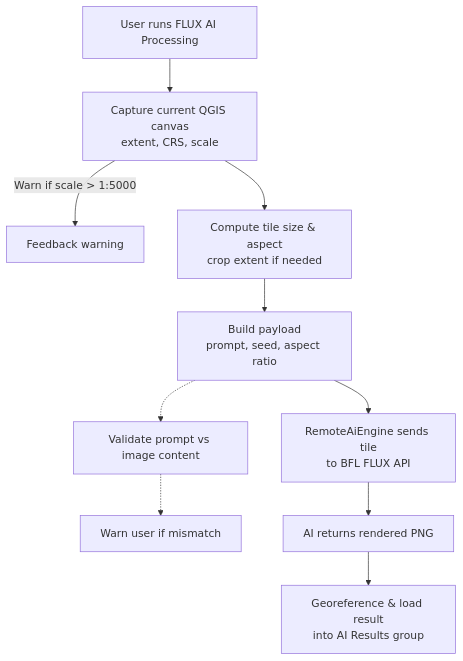
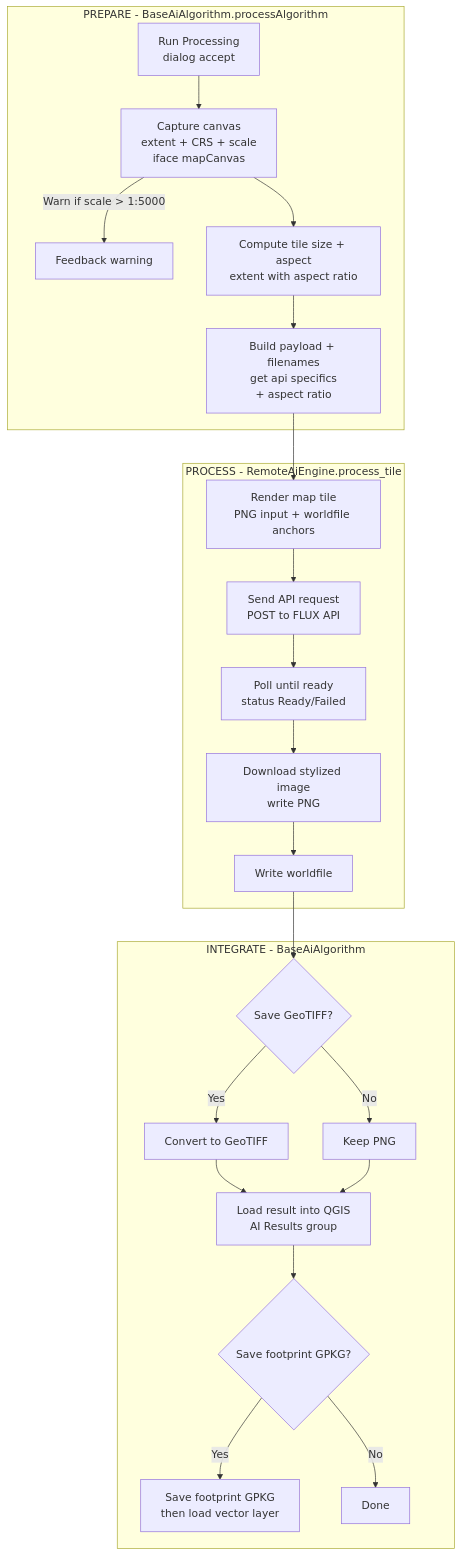
Before and after one commit to georoen/qgis-promptmap: the diagram in docs/plugin_flow.mmd, drawn with Mermaid.

Commit message:
Updating Mermaid Plot

```diff
--- a/docs/plugin_flow.mmd
+++ b/docs/plugin_flow.mmd
@@ -1,15 +1,31 @@
 flowchart TD
-    A[User runs FLUX AI Processing] --> B[Capture current QGIS canvas<br/>extent, CRS, scale]
-    B -->|Warn if scale > 1:5000| Bwarn[Feedback warning]
-    B --> C[Compute tile size & aspect<br/>crop extent if needed]
-    C --> D[Build payload<br/>prompt, seed, aspect ratio]
-    D --> E[RemoteAiEngine sends tile<br/>to BFL FLUX API]
-    D -.-> Dval[Validate prompt vs image content]
-    Dval -.-> Dwarn[Warn user if mismatch]
-    E --> F[AI returns rendered PNG]
-    F --> G[Georeference & load result<br/>into AI Results group]
+    subgraph PREPARE [PREPARE - BaseAiAlgorithm.processAlgorithm]
+        A[Run Processing<br/>dialog accept] --> B[Capture canvas<br/>extent + CRS + scale<br/>iface mapCanvas]
+        B -->|Warn if scale > 1:5000| Bwarn[Feedback warning]
+        B --> C[Compute tile size + aspect<br/>extent with aspect ratio]
+        C --> D[Build payload + filenames<br/>get api specifics<br/>+ aspect ratio]
+    end
+
+    subgraph PROCESS [PROCESS - RemoteAiEngine.process_tile]
+        D --> E[Render map tile<br/>PNG input + worldfile anchors]
+        E --> F[Send API request<br/>POST to FLUX API]
+        F --> G[Poll until ready<br/>status Ready/Failed]
+        G --> H[Download stylized image<br/>write PNG]
+        H --> I[Write worldfile]
+    end
+
+    subgraph INTEGRATE [INTEGRATE - BaseAiAlgorithm]
+        I --> J{Save GeoTIFF?}
+        J -->|Yes| J1[Convert to GeoTIFF]
+        J -->|No| J2[Keep PNG]
+        J1 --> K
+        J2 --> K
+        K[Load result into QGIS<br/>AI Results group] --> L{Save footprint GPKG?}
+        L -->|Yes| L1[Save footprint GPKG<br/>then load vector layer]
+        L -->|No| L2[Done]
+    end
 
 %% Tips:
-%% - Extend PREPARE (A–D) for new inputs (controls, masks, metadata).
-%% - Add payload/API flags in D/E for quality or feature toggles.
-%% - Insert post-processing before G for validation or styling.
+%% - Add UI params in PREPARE (tile, prompt, outputs).
+%% - Add model flags in PROCESS payload building.
+%% - Add post-processing before INTEGRATE load if needed.
```
